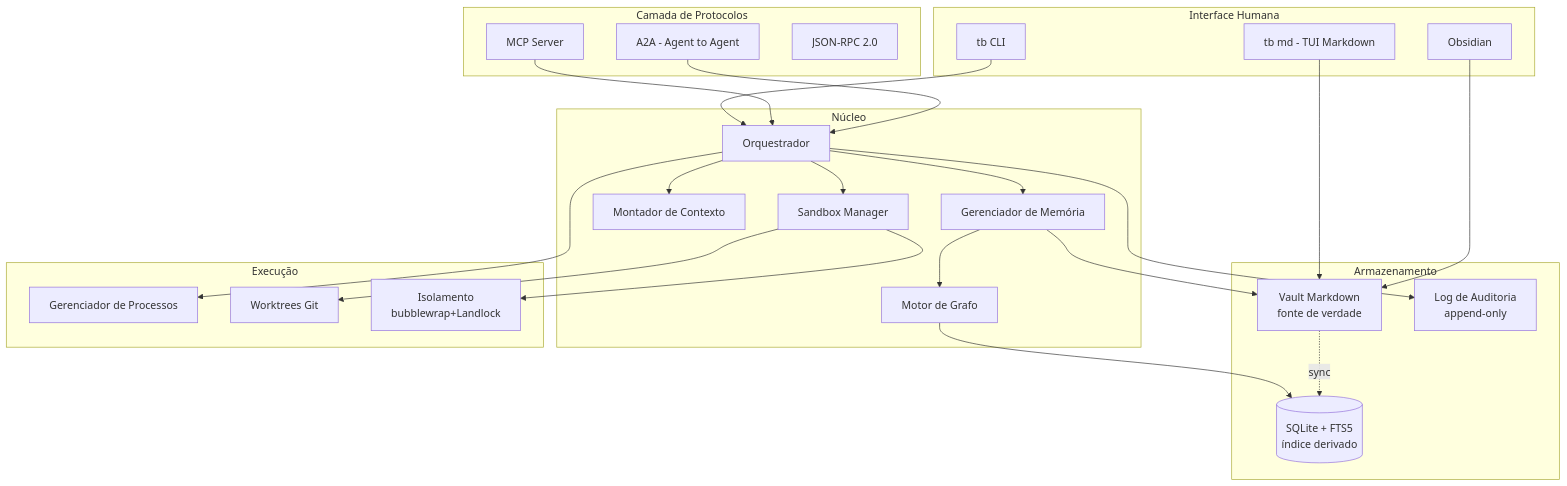
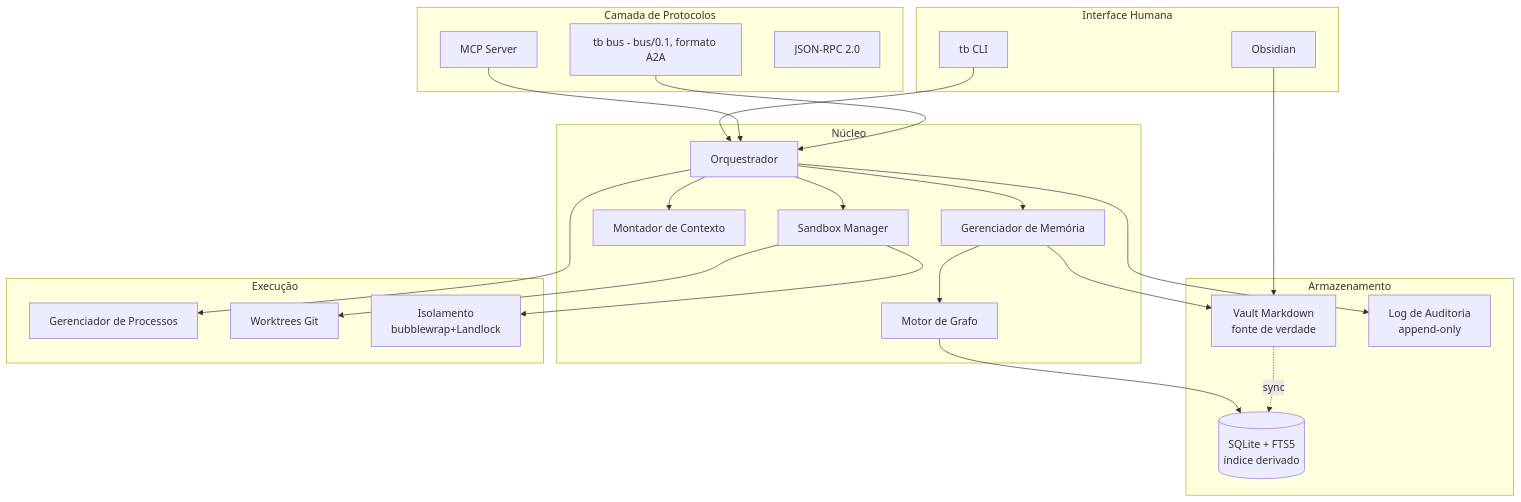
Before and after one commit to leonardo-moraes360/toolbelt: the first of 17 diagrams in docs/pt-BR/arquitetura.md, drawn with Mermaid. The commit also changed other lines of this file and 17 other files, not shown here.

````diff
--- a/docs/pt-BR/arquitetura.md
+++ b/docs/pt-BR/arquitetura.md
@@ -9,55 +9,53 @@
 ```mermaid
 graph TB
     subgraph "Interface Humana"
         CLI[tb CLI]
-        TUI[tb md - TUI Markdown]
         OBS[Obsidian]
     end
 
     subgraph "Camada de Protocolos"
         MCP[MCP Server]
-        A2A[A2A - Agent to Agent]
+        BUS[tb bus - bus/0.1, formato A2A]
         RPC[JSON-RPC 2.0]
     end
 
     subgraph "Núcleo"
         ORCH[Orquestrador]
         MEM[Gerenciador de Memória]
         CTX[Montador de Contexto]
         GRAPH[Motor de Grafo]
         SANDBOX[Sandbox Manager]
     end
 
     subgraph "Armazenamento"
         VAULT[Vault Markdown<br/>fonte de verdade]
         SQLITE[(SQLite + FTS5<br/>índice derivado)]
         AUDIT[Log de Auditoria<br/>append-only]
     end
 
     subgraph "Execução"
         PROC[Gerenciador de Processos]
         WORK[Worktrees Git]
         ISO[Isolamento<br/>bubblewrap+Landlock]
     end
 
     CLI --> ORCH
-    TUI --> VAULT
     OBS --> VAULT
     MCP --> ORCH
-    A2A --> ORCH
+    BUS --> ORCH
 
     ORCH --> MEM
     ORCH --> CTX
     ORCH --> SANDBOX
     ORCH --> PROC
 
     MEM --> VAULT
     MEM --> GRAPH
     GRAPH --> SQLITE
     VAULT -.->|sync| SQLITE
 
     SANDBOX --> WORK
     SANDBOX --> ISO
 
     ORCH --> AUDIT
 ```
````
